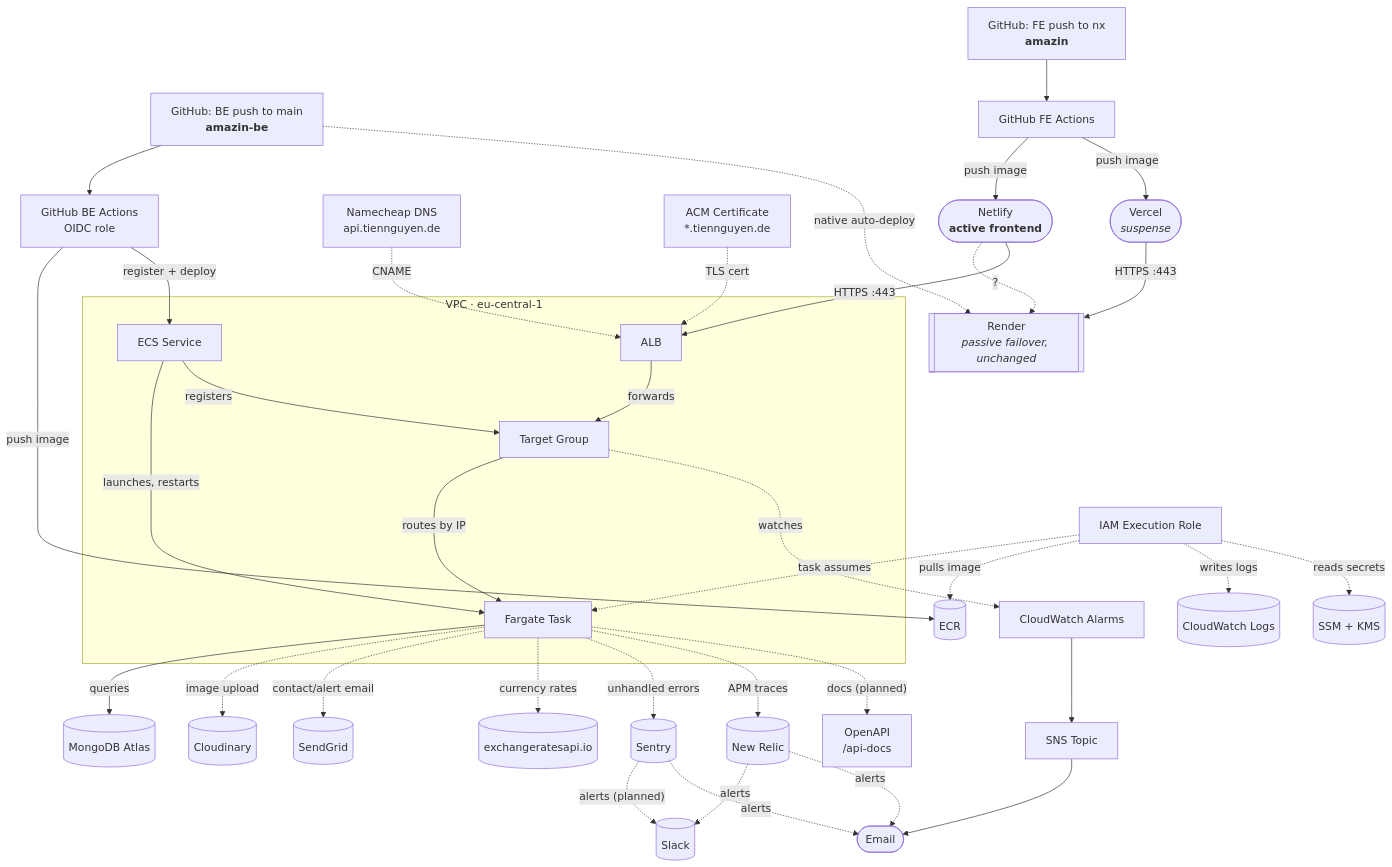
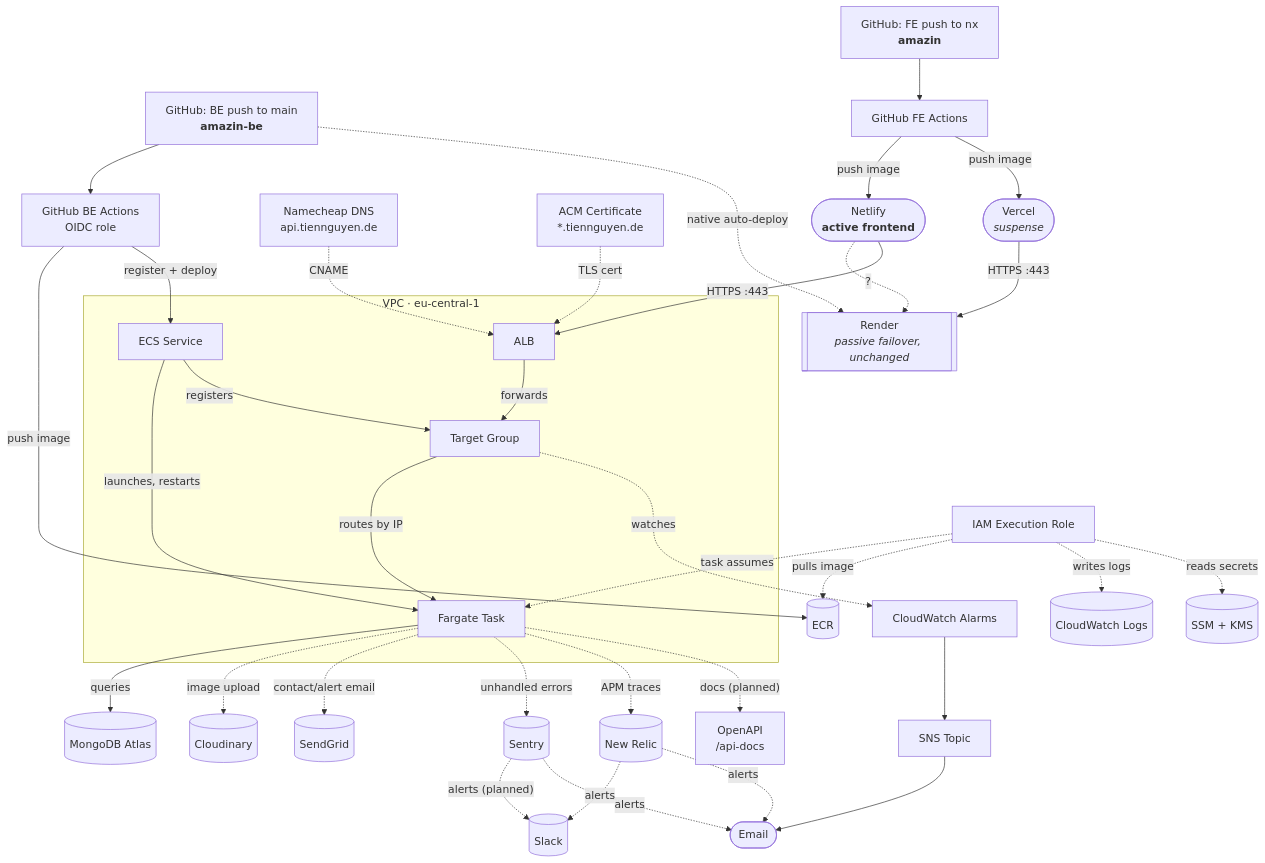
One commit to ntrix/amazin-be changed the second of 2 diagrams in README.md. Above: the diagram before and after it, drawn with Mermaid.

Commit message:
docs(readme): drop exchangeratesapi.io node, too long a label for its weight

````diff
--- a/README.md
+++ b/README.md
@@ -116,50 +116,49 @@
 ```mermaid
 flowchart TB
   GitHubBE["GitHub: BE push to main<br/><b>amazin-be</b>"] --> ActionsBE["GitHub BE Actions<br/>OIDC role"]
   ActionsBE -->|"push image"| ECR2[("ECR")]
   ActionsBE -->|"register + deploy"| Service2
   GitHubBE -.->|"native auto-deploy"| Render2
 
   DNS["Namecheap DNS<br/>api.tiennguyen.de"] -. CNAME .-> ALB2
   ACM["ACM Certificate<br/>*.tiennguyen.de"] -. "TLS cert" .-> ALB2
 
   GitHubFE["GitHub: FE push to nx<br/><b>amazin</b>"] --> ActionsFE["GitHub FE Actions"]
   ActionsFE -->|"push image"| Netlify2(["Netlify<br/><b>active frontend</b>"]) .->|"?"| Render2
   Netlify2 -->|"HTTPS :443"| ALB2["ALB"]
   ActionsFE -->|"push image"| Vercel2(["Vercel<br/><i>suspense</i>"]) -->|"HTTPS :443"| Render2
   ALB2 -->|forwards| TG2["Target Group"]
   TG2 -->|"routes by IP"| Task2["Fargate Task"]
   Task2 -->|queries| Mongo2[("MongoDB Atlas")]
   Service2["ECS Service"] -->|"launches, restarts"| Task2
   Service2 -->|registers| TG2
 
   ~~~Role2["IAM Execution Role"] -. "task assumes" .-> Task2
   Role2 -. "pulls image" .-> ECR2
   Role2 -. "writes logs" .-> Logs2[("CloudWatch Logs")]
   Role2 -. "reads secrets" .-> SSM2[("SSM + KMS")]
 
   TG2 -. watches .-> Alarms["CloudWatch Alarms"]
   Alarms --> SNS["SNS Topic"]
   SNS --> Email([Email])
 
   Task2 -. "image upload" .-> Cloudinary[("Cloudinary")]
   Task2 -. "contact/alert email" .-> SendGrid[("SendGrid")]
-  Task2 -. "currency rates" .-> Rates[("exchangeratesapi.io")]
 
   Task2 -. "unhandled errors" .-> Sentry[("Sentry")]
   Task2 -. "APM traces" .-> NewRelic[("New Relic")]
   Task2 -. "docs (planned)" .-> OpenAPI["OpenAPI<br>/api-docs"]
   Sentry -. "alerts (planned)" .-> Slack[("Slack")]
   Sentry -. alerts .-> Email
   NewRelic -. alerts .-> Slack
   NewRelic -. alerts .-> Email
 
   Render2[["Render<br/><i>passive failover, unchanged</i>"]]
 
   subgraph VPC2["VPC · eu-central-1"]
     ALB2
     TG2
     Task2
     Service2
   end
 ```
````
